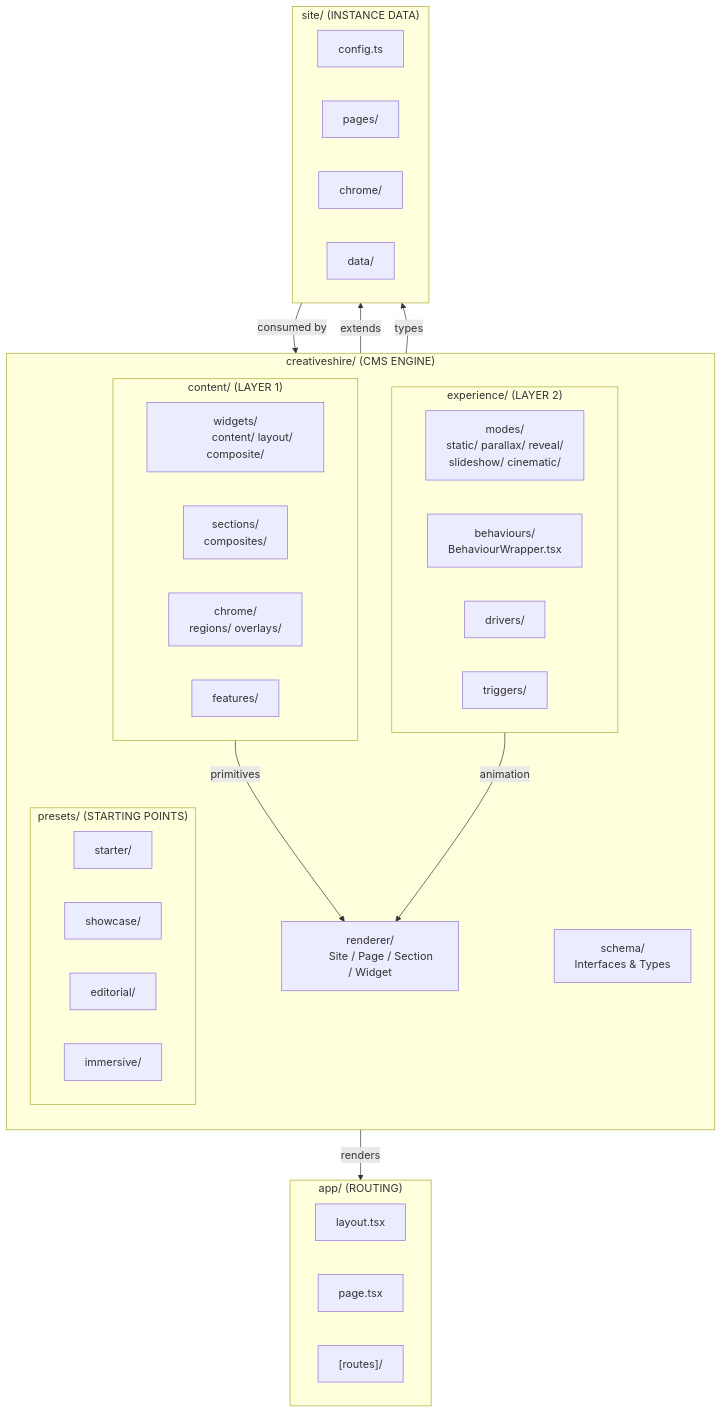
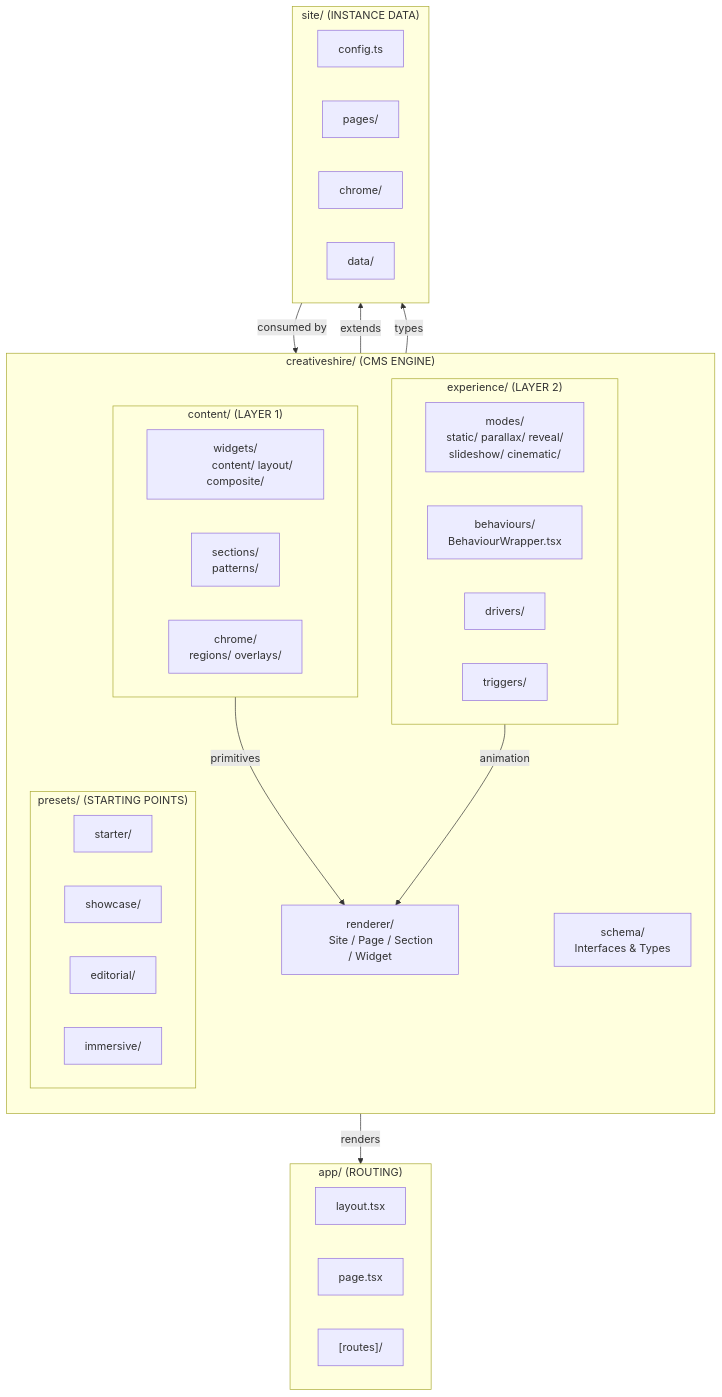
One commit to juhlanimation/creativeshire-engine changed the first of 15 diagrams in .claude/skills/creativeshire/specs/diagrams/index.spec.md. Above: the diagram before and after it, drawn with Mermaid. The commit also changed other lines of this file and 271 other files, not shown here.

First line of the commit message:
feat: comprehensive architecture documentation and multi-page support

````diff
--- a/.claude/skills/creativeshire/specs/diagrams/index.spec.md
+++ b/.claude/skills/creativeshire/specs/diagrams/index.spec.md
@@ -40,59 +40,58 @@
 ```mermaid
 flowchart TB
     subgraph Engine["creativeshire/ (CMS ENGINE)"]
         direction TB
 
         Schema["schema/
         Interfaces & Types"]
 
         subgraph L1["content/ (LAYER 1)"]
             Widgets["widgets/
             content/ layout/ composite/"]
             Sections["sections/
-            composites/"]
+            patterns/"]
             Chrome["chrome/
             regions/ overlays/"]
-            Features["features/"]
         end
 
         subgraph L2["experience/ (LAYER 2)"]
             Modes["modes/
             static/ parallax/ reveal/
             slideshow/ cinematic/"]
             Behaviours["behaviours/
             BehaviourWrapper.tsx"]
             Drivers["drivers/"]
             Triggers["triggers/"]
         end
 
         Renderer["renderer/
         Site / Page / Section / Widget"]
 
         subgraph Presets["presets/ (STARTING POINTS)"]
             P1["starter/"]
             P2["showcase/"]
             P3["editorial/"]
             P4["immersive/"]
         end
     end
 
     subgraph Site["site/ (INSTANCE DATA)"]
         SC["config.ts"]
         SP["pages/"]
         SCH["chrome/"]
         SD["data/"]
     end
 
     subgraph App["app/ (ROUTING)"]
         A1["layout.tsx"]
         A2["page.tsx"]
         A3["[routes]/"]
     end
 
     Presets --> |"extends"| Site
     L1 --> |"primitives"| Renderer
     L2 --> |"animation"| Renderer
     Schema --> |"types"| Site
     Site --> |"consumed by"| Renderer
     Renderer --> |"renders"| App
 ```
````
